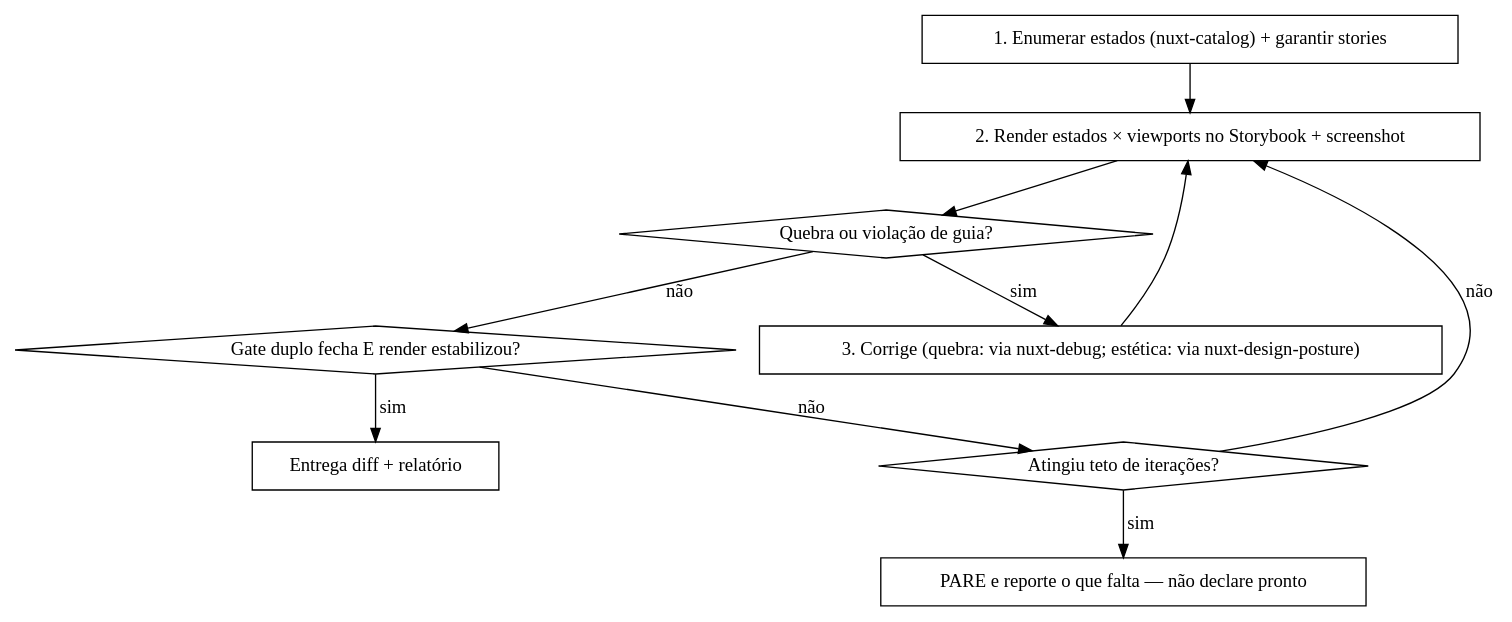
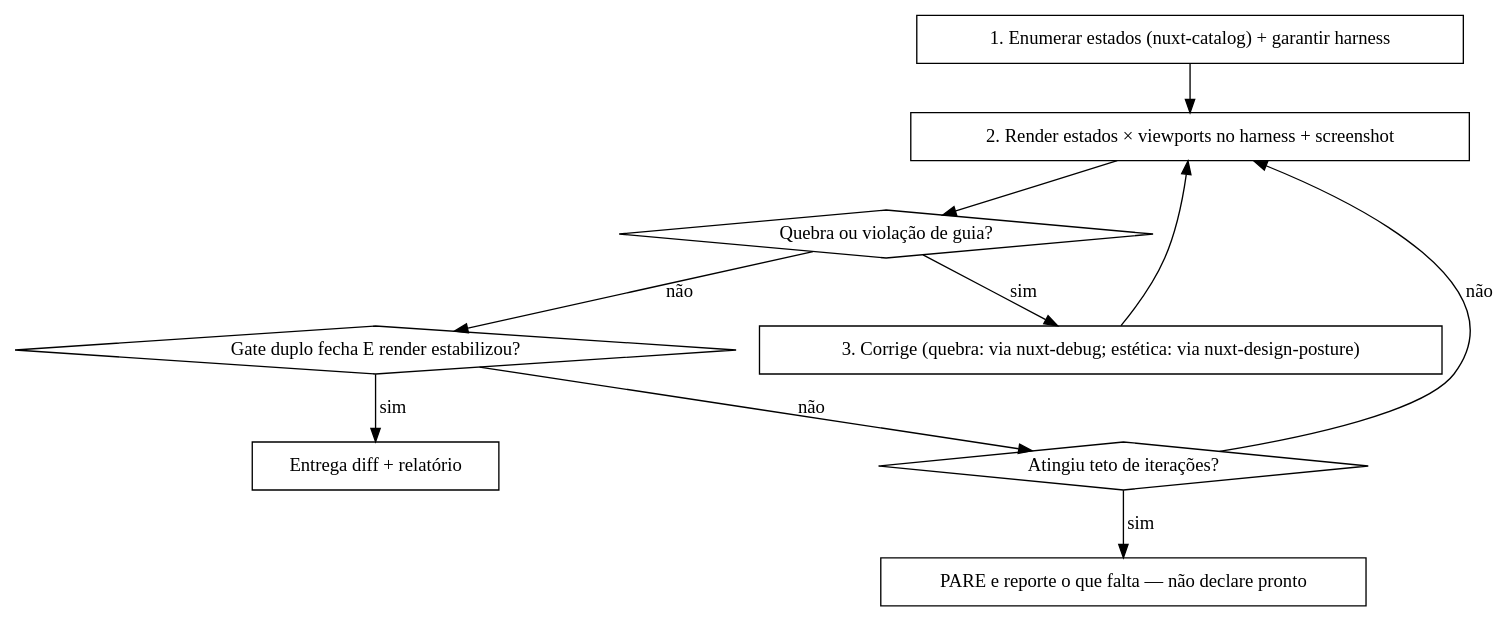
Before and after one commit to Nimbou/nimbou-skills: the diagram in plugins/nimbou-skills/skills/nuxt-component-harden/SKILL.md, drawn with Graphviz. The commit also changed other lines of this file, not shown here.

Commit message:
feat: usar Vitest Browser Mode no hardening Nuxt

````diff
--- a/plugins/nimbou-skills/skills/nuxt-component-harden/SKILL.md
+++ b/plugins/nimbou-skills/skills/nuxt-component-harden/SKILL.md
@@ -40,22 +40,22 @@
 ```dot
 digraph harden {
   rankdir=TB;
-  states   [shape=box,label="1. Enumerar estados (nuxt-catalog) + garantir stories"];
-  render   [shape=box,label="2. Render estados × viewports no Storybook + screenshot"];
+  states   [shape=box,label="1. Enumerar estados (nuxt-catalog) + garantir harness"];
+  render   [shape=box,label="2. Render estados × viewports no harness + screenshot"];
   classify [shape=diamond,label="Quebra ou violação de guia?"];
   fix      [shape=box,label="3. Corrige (quebra: via nuxt-debug; estética: via nuxt-design-posture)"];
   gate     [shape=diamond,label="Gate duplo fecha E render estabilizou?"];
   cap      [shape=diamond,label="Atingiu teto de iterações?"];
   done     [shape=box,label="Entrega diff + relatório"];
   stop     [shape=box,label="PARE e reporte o que falta — não declare pronto"];
 
   states -> render -> classify;
   classify -> fix [label="sim"];
   fix -> render;
   classify -> gate [label="não"];
   gate -> done [label="sim"];
   gate -> cap [label="não"];
   cap -> stop [label="sim"];
   cap -> render [label="não"];
 }
 ```
````
